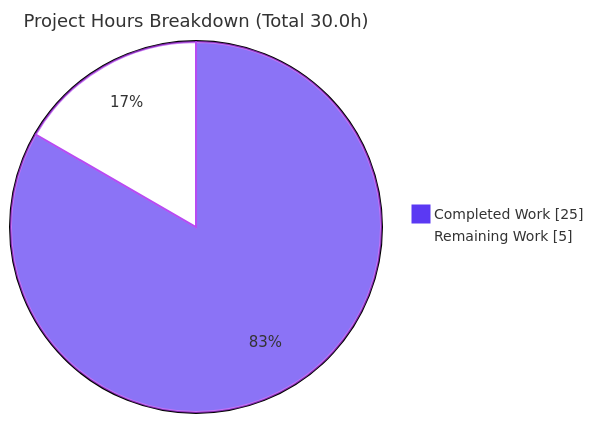
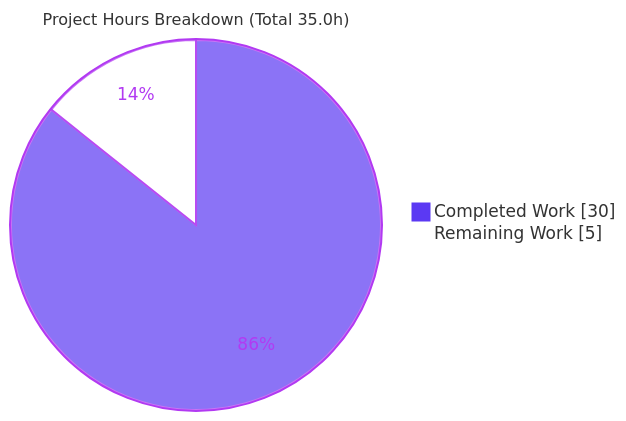
The second of 3 diagrams in blitzy/documentation/Project Guide.md (ajitblitzy/Society_mngt_300K_Nested), drawn with Mermaid before and after one commit. The commit also changed other lines of this file, not shown here.

Commit message:
Adding Blitzy Project Guide: Project Status and Human Tasks Remaining

````diff
--- a/blitzy/documentation/Project Guide.md
+++ b/blitzy/documentation/Project Guide.md
@@ -188,7 +176,6 @@
 ```mermaid
-%%{init: {'theme':'base', 'themeVariables': {'pie1':'#5B39F3','pie2':'#FFFFFF','pieStrokeColor':'#B23AF2','pieStrokeWidth':'2px','pieOuterStrokeWidth':'2px','pieTitleTextSize':'18px','pieSectionTextSize':'15px','pieLegendTextSize':'14px'}}}%%
-pie showData
-title Project Hours Breakdown (Total 30.0h)
-    "Completed Work" : 25
+%%{init: {'theme':'base', 'themeVariables': {'pie1':'#5B39F3','pie2':'#FFFFFF','pieStrokeColor':'#B23AF2','pieOuterStrokeColor':'#B23AF2','pieSectionTextColor':'#B23AF2','pieTitleTextSize':'16px','pieStrokeWidth':'2px','pieOuterStrokeWidth':'2px'}}}%%
+pie showData title Project Hours Breakdown (Total 35.0h)
+    "Completed Work" : 30
     "Remaining Work" : 5
 ```
````
